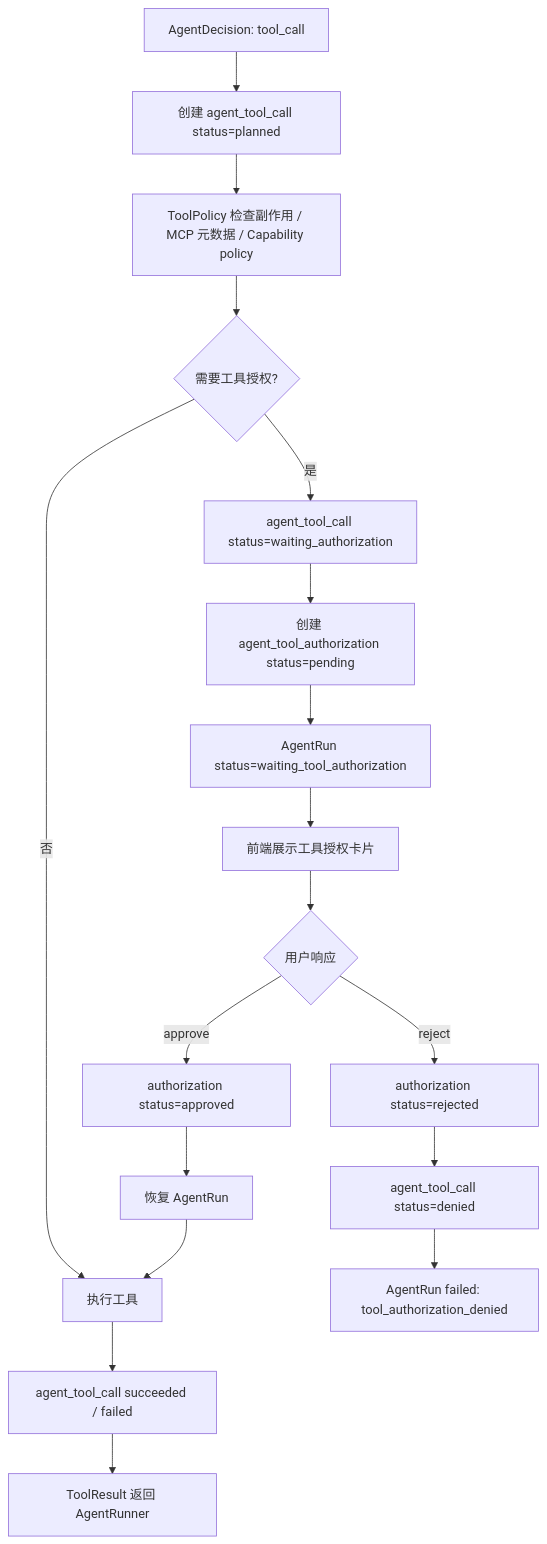
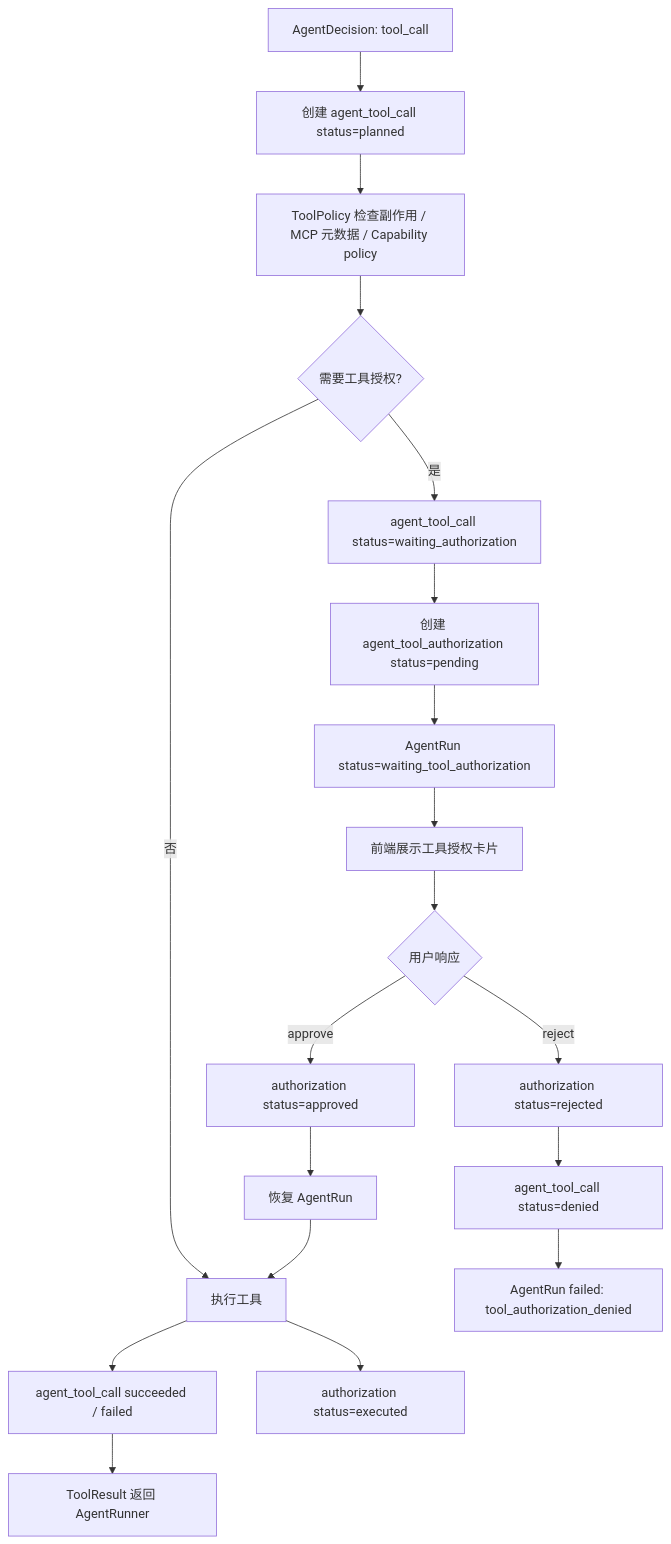
Before and after one commit to servforce/psop: diagram 12 of 12 in docs/psop-six-agent-closed-loop.md, drawn with Mermaid. The commit also changed other lines of this file and 14 other files, not shown here.

````diff
--- a/docs/psop-six-agent-closed-loop.md
+++ b/docs/psop-six-agent-closed-loop.md
@@ -1456,24 +1456,25 @@
 ```mermaid
 flowchart TD
     ToolCall[AgentDecision: tool_call] --> CreateCall[创建 agent_tool_call status=planned]
     CreateCall --> Policy[ToolPolicy 检查副作用 / MCP 元数据 / Capability policy]
     Policy --> NeedAuth{需要工具授权?}
 
     NeedAuth -- 否 --> Execute[执行工具]
     Execute --> Done[agent_tool_call succeeded / failed]
     Done --> Return[ToolResult 返回 AgentRunner]
 
     NeedAuth -- 是 --> WaitingCall[agent_tool_call status=waiting_authorization]
     WaitingCall --> CreateAuth[创建 agent_tool_authorization status=pending]
     CreateAuth --> WaitRun[AgentRun status=waiting_tool_authorization]
     WaitRun --> UI[前端展示工具授权卡片]
     UI --> Decision{用户响应}
 
     Decision -- approve --> Approved[authorization status=approved]
     Approved --> Resume[恢复 AgentRun]
     Resume --> Execute
+    Execute --> ExecutedAuth[authorization status=executed]
 
     Decision -- reject --> Rejected[authorization status=rejected]
     Rejected --> Denied[agent_tool_call status=denied]
     Denied --> Failed[AgentRun failed: tool_authorization_denied]
 ```
````
